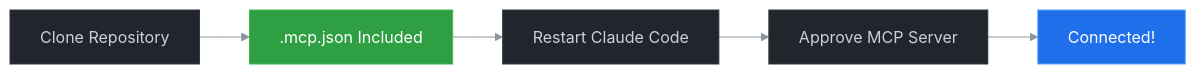
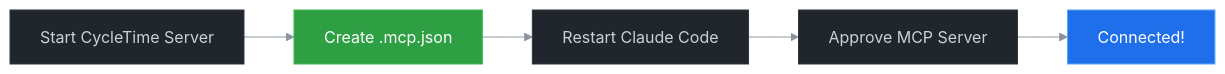
Before and after one commit to spiralhouse/cycletime: the diagram in docs/MVP_DEMO_SCRIPT.md, drawn with Mermaid. The commit also changed other lines of this file, not shown here.

First line of the commit message:
docs: remove incorrect claim about pre-configured .mcp.json

````diff
--- a/docs/MVP_DEMO_SCRIPT.md
+++ b/docs/MVP_DEMO_SCRIPT.md
@@ -26,25 +25,25 @@
 ```mermaid
 %%{init: {
   'theme': 'base',
   'themeVariables': {
     'darkMode': true,
     'background': '#0d1117',
     'primaryColor': '#21262d',
     'primaryTextColor': '#c9d1d9',
     'primaryBorderColor': '#30363d',
     'lineColor': '#8b949e',
     'secondaryColor': '#1f6feb',
     'tertiaryColor': '#2ea043',
     'fontSize': '16px',
     'fontFamily': 'ui-monospace, monospace'
   }
 }}%%
 graph LR
-    A[Clone Repository] --> B[.mcp.json Included]
+    A[Start CycleTime Server] --> B[Create .mcp.json]
     B --> C[Restart Claude Code]
     C --> D[Approve MCP Server]
     D --> E[Connected!]
-    
+
     style B fill:#2ea043,stroke:#3fb950,color:#ffffff
     style E fill:#1f6feb,stroke:#58a6ff,color:#ffffff
 ```
````
